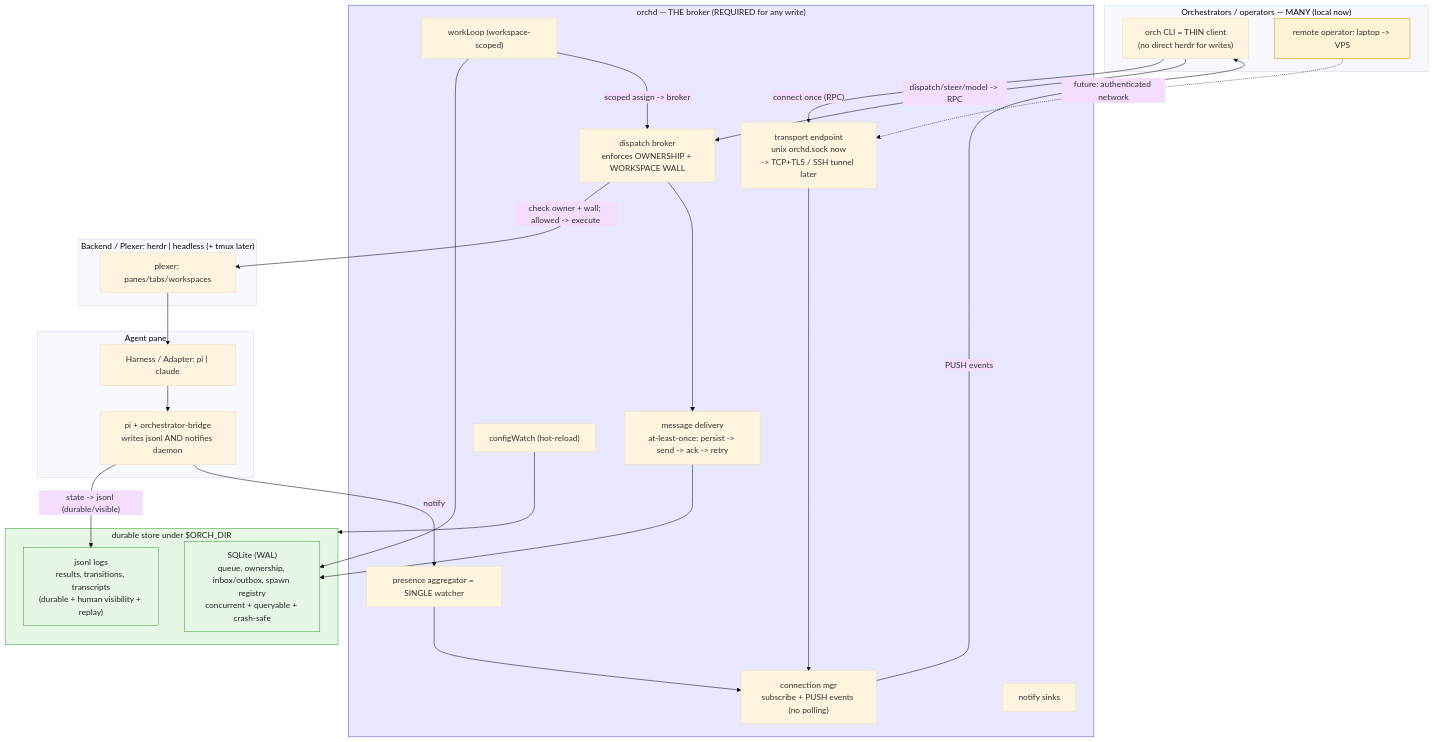
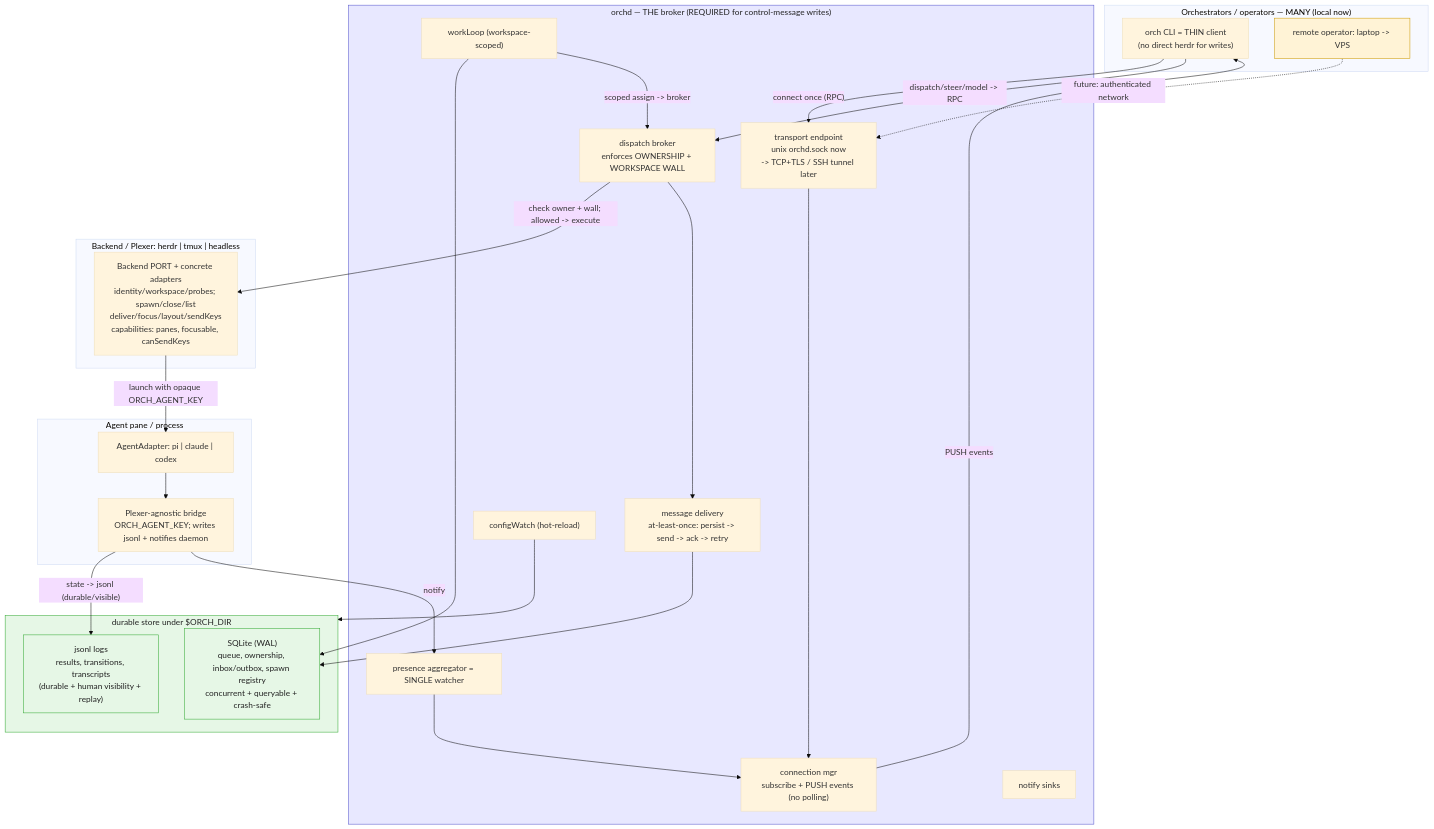
Before and after one commit to BryanCE/orch: the diagram in orch-architecture-target.md, drawn with Mermaid (base theme). The commit also changed other lines of this file and 190 other files, not shown here.

````diff
--- a/orch-architecture-target.md
+++ b/orch-architecture-target.md
@@ -5,63 +9,63 @@
 ```mermaid
 flowchart TB
   classDef broker fill:#e8e8ff,stroke:#5555cc,color:#222;
   classDef store fill:#e6f7e6,stroke:#33aa33,color:#222;
   classDef future fill:#fff3d6,stroke:#cc9a00,color:#333;
 
   subgraph CLIENTS["Orchestrators / operators — MANY (local now)"]
     C1["orch CLI = THIN client<br/>(no direct herdr for writes)"]
     C2["remote operator: laptop -> VPS"]:::future
   end
 
-  subgraph DAEMON["orchd — THE broker  (REQUIRED for any write)"]
+  subgraph DAEMON["orchd — THE broker  (REQUIRED for control-message writes)"]
     SOCK["transport endpoint<br/>unix orchd.sock now<br/>-> TCP+TLS / SSH tunnel later"]
     CONN["connection mgr<br/>subscribe + PUSH events (no polling)"]
     BROKER["dispatch broker<br/>enforces OWNERSHIP + WORKSPACE WALL"]
     DELIV["message delivery<br/>at-least-once: persist -> send -> ack -> retry"]
     WL["workLoop (workspace-scoped)"]
     PW["presence aggregator = SINGLE watcher"]
     NOTIFY["notify sinks"]
     CW["configWatch (hot-reload)"]
   end
 
   subgraph STORE["durable store under $ORCH_DIR"]
     SQL["SQLite (WAL)<br/>queue, ownership, inbox/outbox, spawn registry<br/>concurrent + queryable + crash-safe"]
     JSONL["jsonl logs<br/>results, transitions, transcripts<br/>(durable + human visibility + replay)"]
   end
 
-  subgraph PLEX["Backend / Plexer: herdr | headless  (+ tmux later)"]
-    HERDR["plexer: panes/tabs/workspaces"]
+  subgraph PLEX["Backend / Plexer: herdr | tmux | headless"]
+    HERDR["Backend PORT + concrete adapters<br/>identity/workspace/probes; spawn/close/list<br/>deliver/focus/layout/sendKeys<br/>capabilities: panes, focusable, canSendKeys"]
   end
 
-  subgraph AGENT["Agent pane"]
-    ADAPTER["Harness / Adapter: pi | claude"]
-    BRIDGE["pi + orchestrator-bridge<br/>writes jsonl AND notifies daemon"]
+  subgraph AGENT["Agent pane / process"]
+    ADAPTER["AgentAdapter: pi | claude | codex"]
+    BRIDGE["Plexer-agnostic bridge<br/>ORCH_AGENT_KEY; writes jsonl + notifies daemon"]
   end
 
   %% clients connect once, get pushed
   C1 -->|"connect once (RPC)"| SOCK
   C2 -.->|"future: authenticated network"| SOCK
   SOCK --> CONN
   CONN -->|"PUSH events"| C1
 
   %% writes are brokered + governed
   C1 -->|"dispatch/steer/model -> RPC"| BROKER
   BROKER -->|"check owner + wall; allowed -> execute"| HERDR
   BROKER --> DELIV
   DELIV --> SQL
-  HERDR --> ADAPTER
+  HERDR -->|"launch with opaque ORCH_AGENT_KEY"| ADAPTER
   ADAPTER --> BRIDGE
 
   %% agent reports: durable jsonl + notify the single watcher
   BRIDGE -->|"state -> jsonl (durable/visible)"| JSONL
   BRIDGE -->|"notify"| PW
   PW --> CONN
 
   %% resident subsystems live INSIDE the broker
   WL --> SQL
   WL -->|"scoped assign -> broker"| BROKER
   CW --> STORE
 
   class DAEMON broker
   class STORE,SQL,JSONL store
 ```
````
